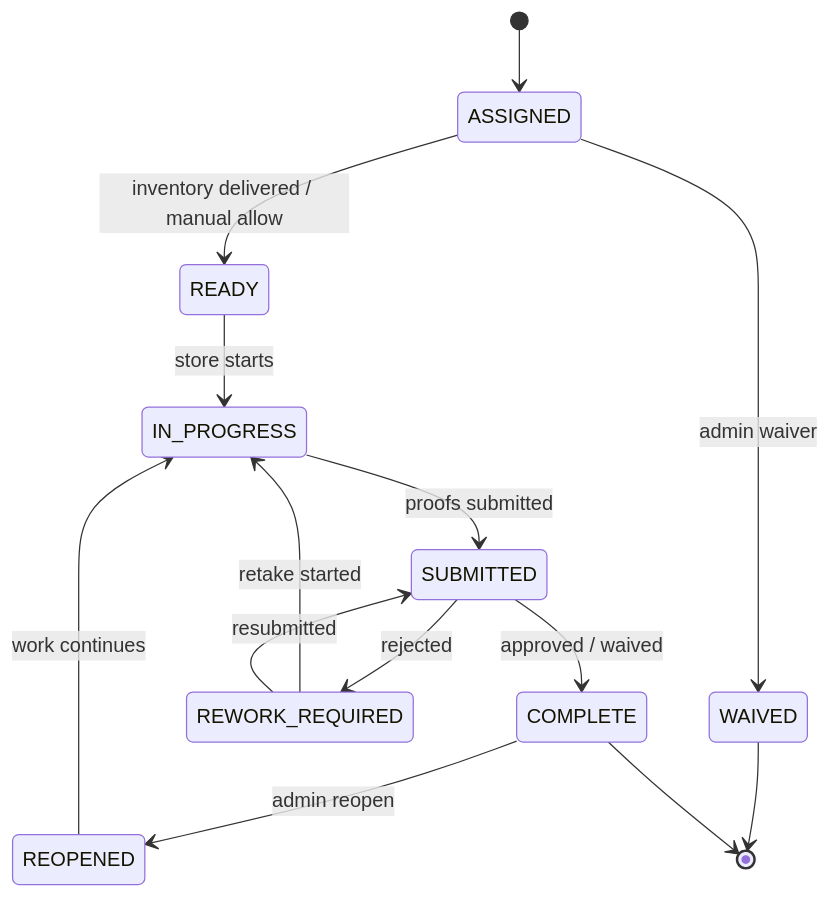
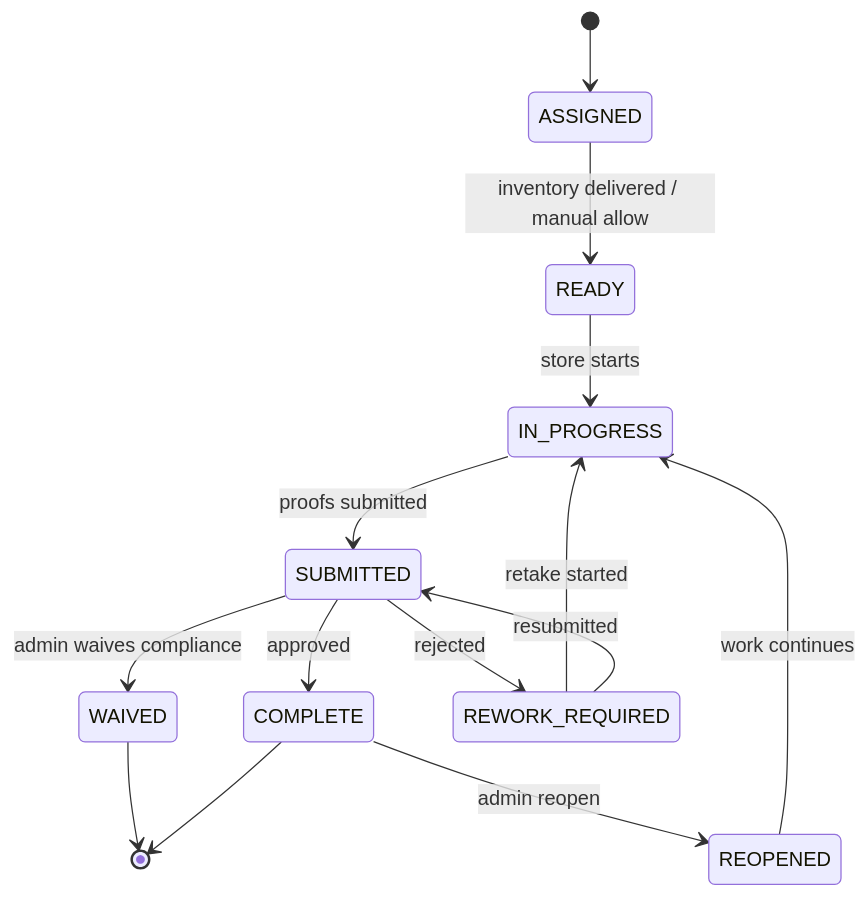
Before and after one commit to VisualGraphxLLC/NewPOPSys: the diagram in 05_Wireframes/diagrams/07-store-assignment-status.md, drawn with Mermaid. The commit also changed other lines of this file, not shown here.

Commit message:
Fix StoreAssignmentStatus: waiver skips approval only, not execution

````diff
--- a/05_Wireframes/diagrams/07-store-assignment-status.md
+++ b/05_Wireframes/diagrams/07-store-assignment-status.md
@@ -5,21 +5,21 @@
 ```mermaid
 stateDiagram-v2
   [*] --> ASSIGNED
 
   ASSIGNED --> READY : inventory delivered / manual allow
   READY --> IN_PROGRESS : store starts
   IN_PROGRESS --> SUBMITTED : proofs submitted
 
-  SUBMITTED --> COMPLETE : approved / waived
+  SUBMITTED --> COMPLETE : approved
+  SUBMITTED --> WAIVED : admin waives compliance
   SUBMITTED --> REWORK_REQUIRED : rejected
 
   REWORK_REQUIRED --> IN_PROGRESS : retake started
   REWORK_REQUIRED --> SUBMITTED : resubmitted
 
   COMPLETE --> REOPENED : admin reopen
   REOPENED --> IN_PROGRESS : work continues
 
-  ASSIGNED --> WAIVED : admin waiver
   WAIVED --> [*]
   COMPLETE --> [*]
 ```
````
